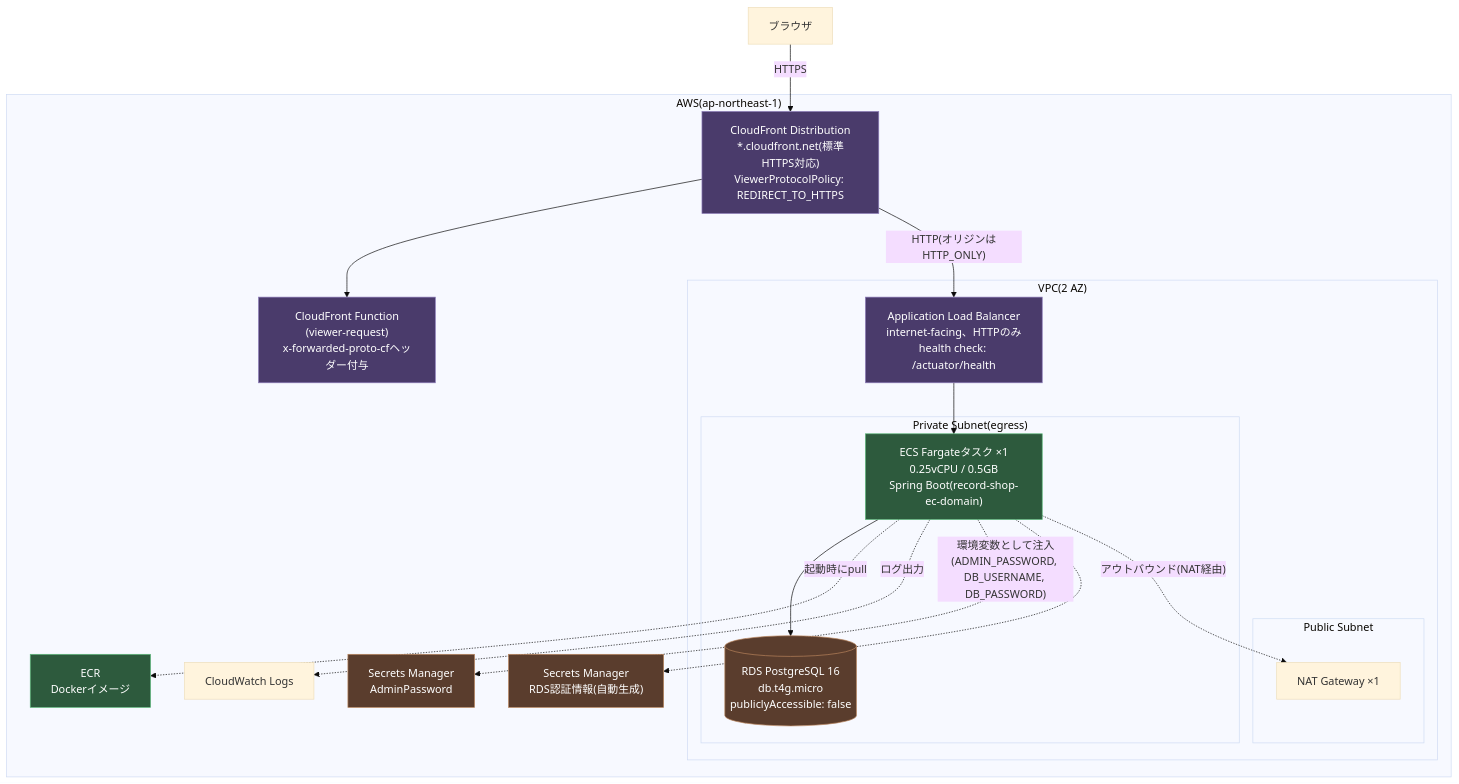
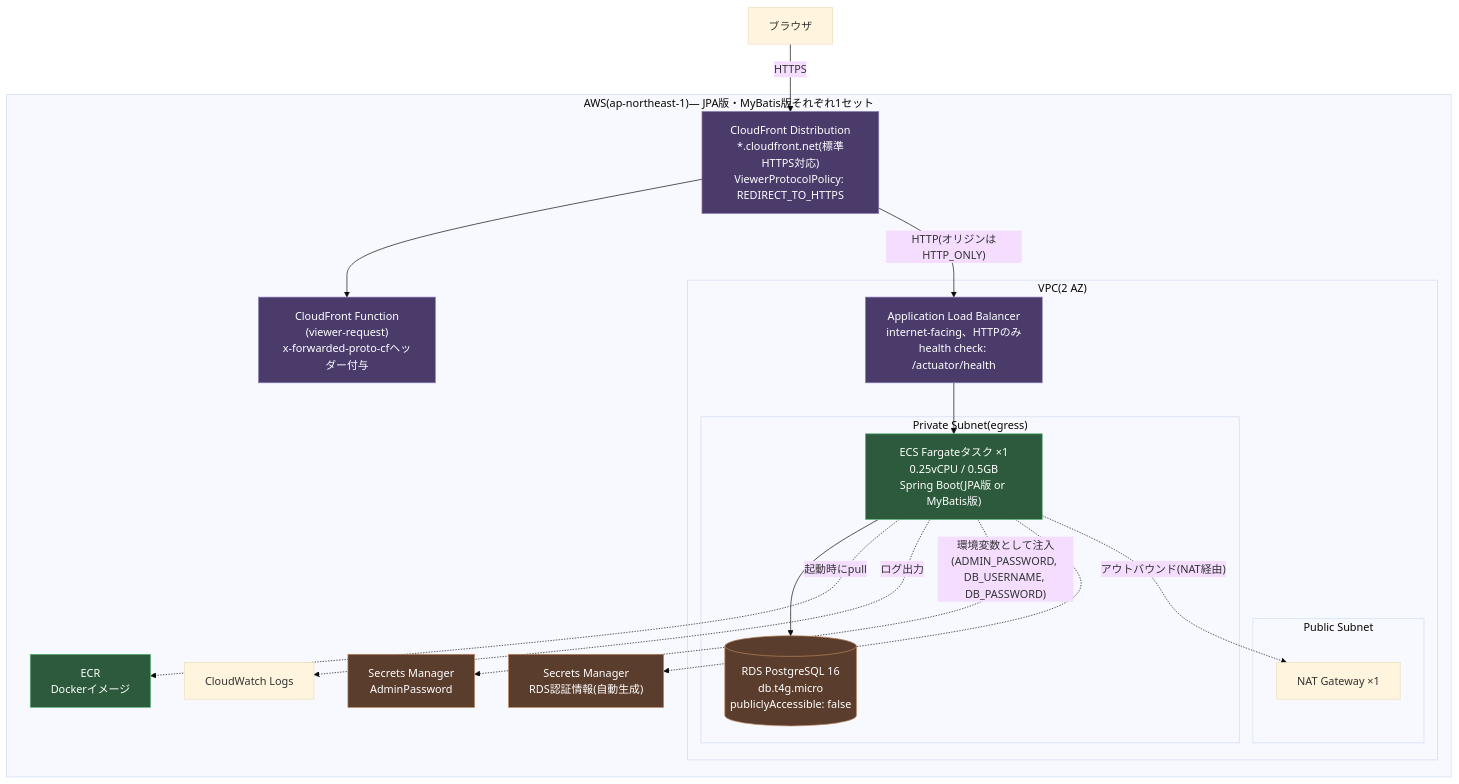
The first of 2 diagrams in 04-infrastructure-diagram.md (osidasi0005/record_shop_ec_mono), drawn with Mermaid (base theme) before and after one commit. The commit also changed other lines of this file and 6 other files, not shown here.

First line of the commit message:
MyBatis版(record-shop-ec-mybatis)を含めた記述に更新

````diff
--- a/04-infrastructure-diagram.md
+++ b/04-infrastructure-diagram.md
@@ -8,45 +14,45 @@
 ```mermaid
 graph TB
     Browser["ブラウザ"]
 
-    subgraph AWS["AWS(ap-northeast-1)"]
+    subgraph AWS["AWS(ap-northeast-1)― JPA版・MyBatis版それぞれ1セット"]
         CF["CloudFront Distribution<br/>*.cloudfront.net(標準HTTPS対応)<br/>ViewerProtocolPolicy: REDIRECT_TO_HTTPS"]
         CFFunc["CloudFront Function<br/>(viewer-request)<br/>x-forwarded-proto-cfヘッダー付与"]
 
         subgraph VPC["VPC(2 AZ)"]
             ALB["Application Load Balancer<br/>internet-facing、HTTPのみ<br/>health check: /actuator/health"]
 
             subgraph Public["Public Subnet"]
                 NAT["NAT Gateway ×1"]
             end
 
             subgraph Private["Private Subnet(egress)"]
-                Fargate["ECS Fargateタスク ×1<br/>0.25vCPU / 0.5GB<br/>Spring Boot(record-shop-ec-domain)"]
+                Fargate["ECS Fargateタスク ×1<br/>0.25vCPU / 0.5GB<br/>Spring Boot(JPA版 or MyBatis版)"]
                 RDS[("RDS PostgreSQL 16<br/>db.t4g.micro<br/>publiclyAccessible: false")]
             end
         end
 
         SecretsAdmin["Secrets Manager<br/>AdminPassword"]
         SecretsRDS["Secrets Manager<br/>RDS認証情報(自動生成)"]
         ECR["ECR<br/>Dockerイメージ"]
         CWLogs["CloudWatch Logs"]
     end
 
     Browser -->|HTTPS| CF
     CF --> CFFunc
     CF -->|"HTTP(オリジンはHTTP_ONLY)"| ALB
     ALB --> Fargate
     Fargate --> RDS
     Fargate -.->|"起動時にpull"| ECR
     Fargate -.->|ログ出力| CWLogs
     Fargate -.->|"環境変数として注入<br/>(ADMIN_PASSWORD, DB_USERNAME, DB_PASSWORD)"| SecretsAdmin
     Fargate -.-> SecretsRDS
     Fargate -.->|"アウトバウンド(NAT経由)"| NAT
 
     classDef edge fill:#4a3b6b,stroke:#8b7bb8,color:#fff
     classDef compute fill:#2d5a3d,stroke:#5cb87a,color:#fff
     classDef data fill:#5a3d2d,stroke:#b8845c,color:#fff
     class CF,CFFunc,ALB edge
     class Fargate,ECR compute
     class RDS,SecretsAdmin,SecretsRDS data
 ```
````
